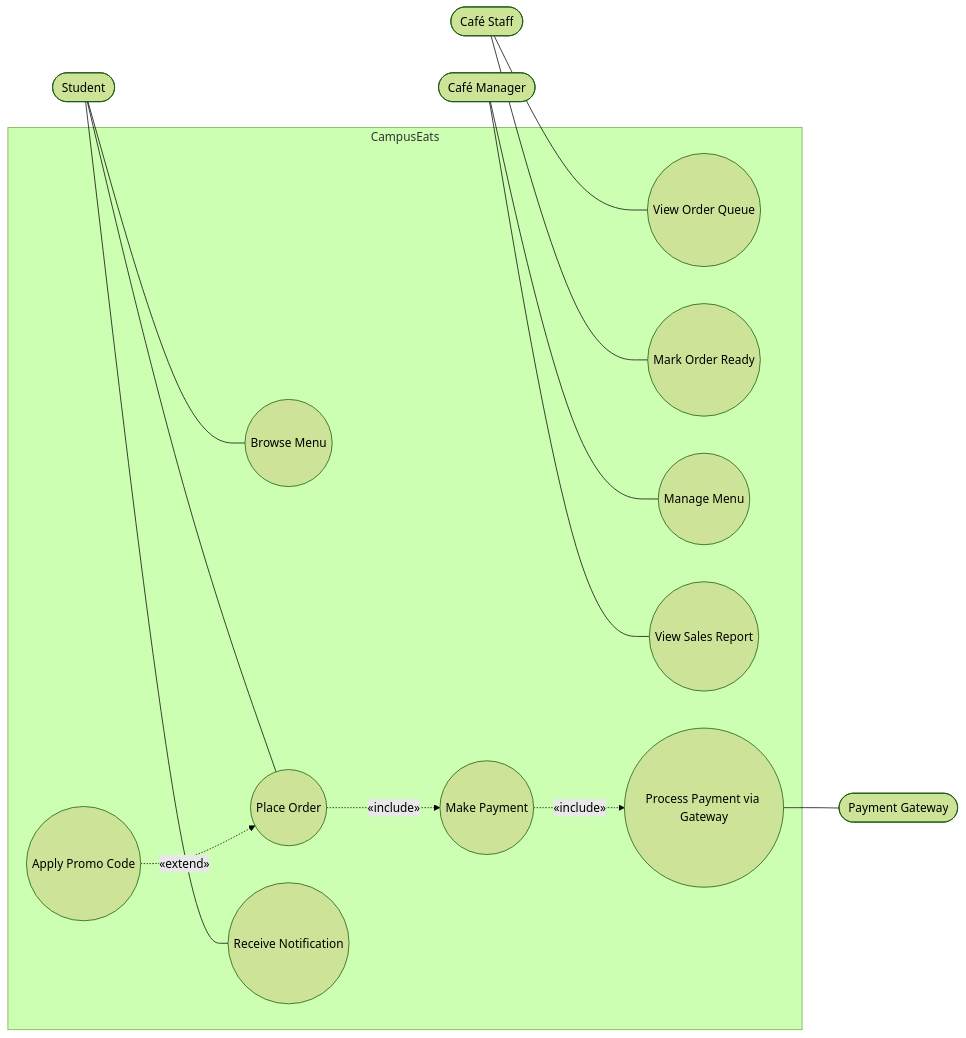
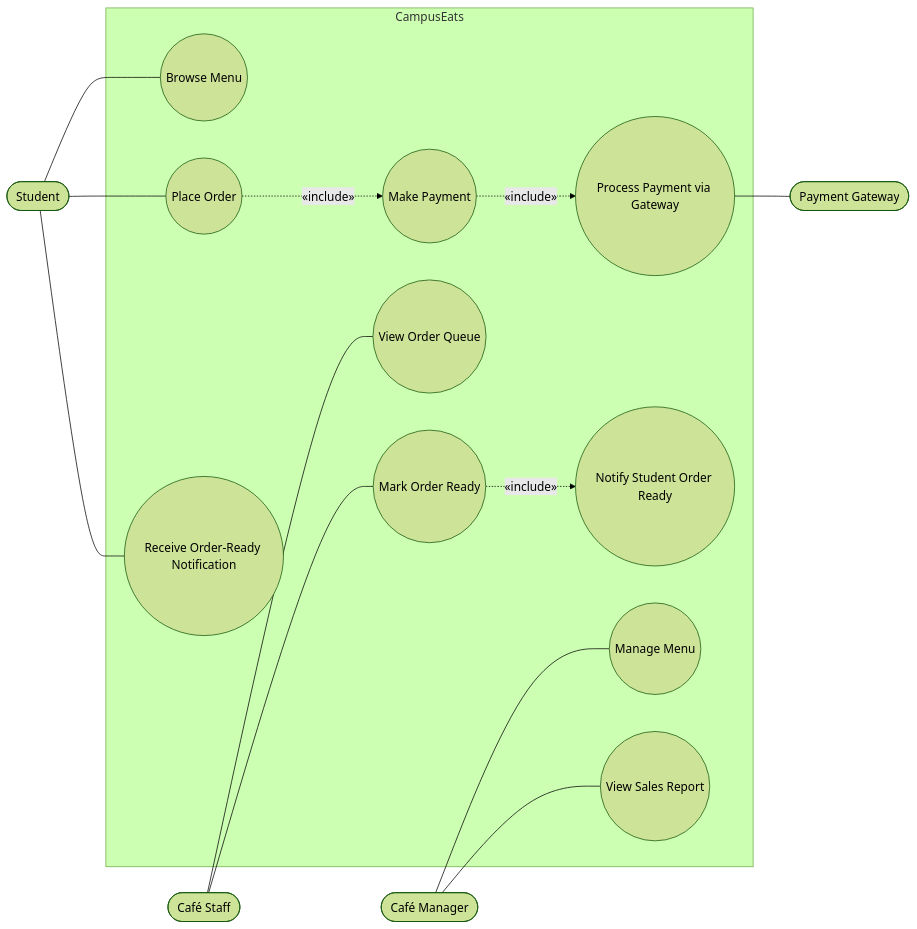
The first of 3 diagrams in EXAM-PRACTICE-PART-B.md (Beh69/Software-dev-lectures), drawn with Mermaid (forest theme) before and after one commit. The commit also changed other lines of this file and 1 other file, not shown here.

Commit message:
Correct worked UML diagrams and scenario models

````diff
--- a/EXAM-PRACTICE-PART-B.md
+++ b/EXAM-PRACTICE-PART-B.md
@@ -47,33 +47,33 @@
 ```mermaid
 flowchart LR
     student([Student])
     staff([Café Staff])
     manager([Café Manager])
     gateway([Payment Gateway])
 
     subgraph CampusEats
       UC1((Browse Menu))
       UC2((Place Order))
       UC3((Make Payment))
-      UC4((Apply Promo Code))
-      UC5((View Order Queue))
-      UC6((Mark Order Ready))
+      UC4((View Order Queue))
+      UC5((Mark Order Ready))
+      UC6((Notify Student Order Ready))
       UC7((Manage Menu))
       UC8((View Sales Report))
-      UC9((Receive Notification))
+      UC9((Receive Order-Ready Notification))
       UC10((Process Payment via Gateway))
     end
 
     student --- UC1
     student --- UC2
     student --- UC9
+    staff --- UC4
     staff --- UC5
-    staff --- UC6
     manager --- UC7
     manager --- UC8
     UC10 --- gateway
 
     UC2 -. «include» .-> UC3
     UC3 -. «include» .-> UC10
-    UC4 -. «extend» .-> UC2
+    UC5 -. «include» .-> UC6
 ```
````
